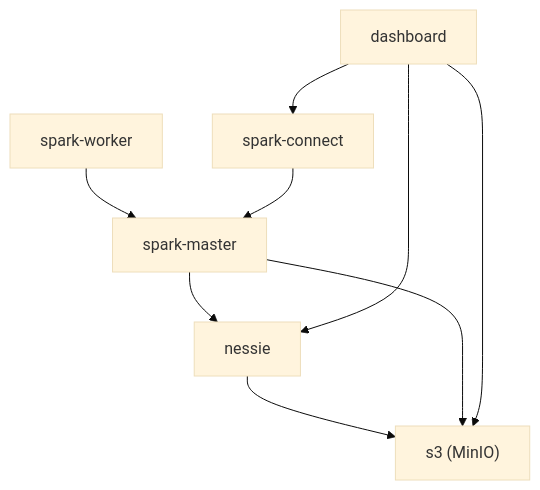
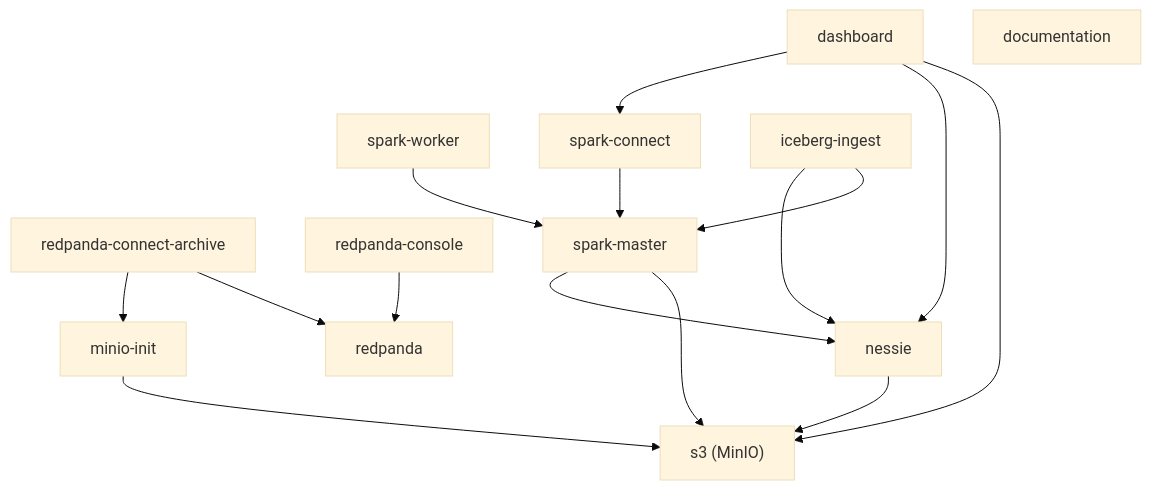
The second of 6 diagrams in docs/architecture.md (ogene70/m2_bigdata), drawn with Mermaid (base theme) before and after one commit. The commit also changed other lines of this file and 29 other files, not shown here.

````diff
--- a/docs/architecture.md
+++ b/docs/architecture.md
@@ -69,18 +80,30 @@
 ```mermaid
 flowchart TD
     S3["s3 (MinIO)"]
     NESSIE["nessie"]
+    RP["redpanda"]
+    RPCA["redpanda-connect-archive"]
+    CPC["redpanda-console"]
     SM["spark-master"]
     SW["spark-worker"]
     SC["spark-connect"]
+    III["iceberg-ingest"]
     DASH["dashboard"]
+    DOC["documentation"]
+    MI["minio-init"]
 
     NESSIE --> S3
+    MI --> S3
+    RPCA --> RP
+    RPCA --> MI
+    CPC --> RP
     SM --> S3
     SM --> NESSIE
     SW --> SM
     SC --> SM
+    III --> SM
+    III --> NESSIE
     DASH --> S3
     DASH --> NESSIE
     DASH --> SC
 ```
````
